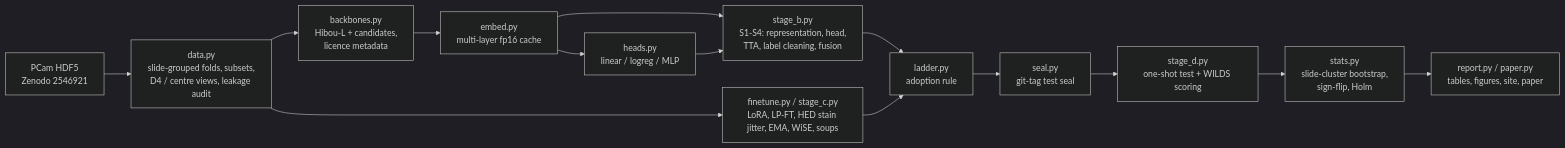
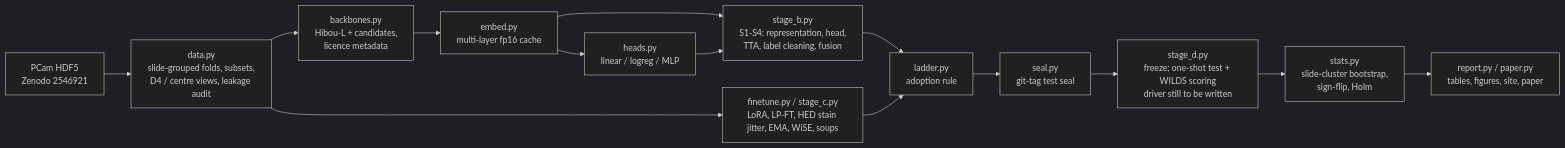
One commit to BurnyCoder/better-cancer-classification-with-machine-learning changed the diagram in README.md. Above: the diagram before and after it, drawn with Mermaid (dark theme). The commit also changed other lines of this file and 2 other files, not shown here.

Commit message:
Docs: PCam per-hospital pixel sizes, WILDS mirror licence field and CodaLab renewal, wilds-prepare/wilds-scanners/mask-audit usage, report side outputs, planned stage_d status, Caruana and PANDA links, JAMA wording

````diff
--- a/README.md
+++ b/README.md
@@ -162,16 +162,16 @@
 ```mermaid
 flowchart LR
   A[PCam HDF5<br/>Zenodo 2546921] --> B[data.py<br/>slide-grouped folds, subsets,<br/>D4 / centre views, leakage audit]
   B --> C[backbones.py<br/>Hibou-L + candidates,<br/>licence metadata]
   C --> D[embed.py<br/>multi-layer fp16 cache]
   D --> E[heads.py<br/>linear / logreg / MLP]
   D --> F[stage_b.py<br/>S1-S4: representation, head,<br/>TTA, label cleaning, fusion]
   B --> G[finetune.py / stage_c.py<br/>LoRA, LP-FT, HED stain jitter, EMA, WiSE, soups]
   E --> F
   F --> H[ladder.py<br/>adoption rule]
   G --> H
   H --> I[seal.py<br/>git-tag test seal]
-  I --> J[stage_d.py<br/>one-shot test + WILDS scoring]
+  I --> J[stage_d.py<br/>freeze; one-shot test + WILDS scoring<br/>driver still to be written]
   J --> K[stats.py<br/>slide-cluster bootstrap,<br/>sign-flip, Holm]
   K --> L[report.py / paper.py<br/>tables, figures, site, paper]
 ```
````
